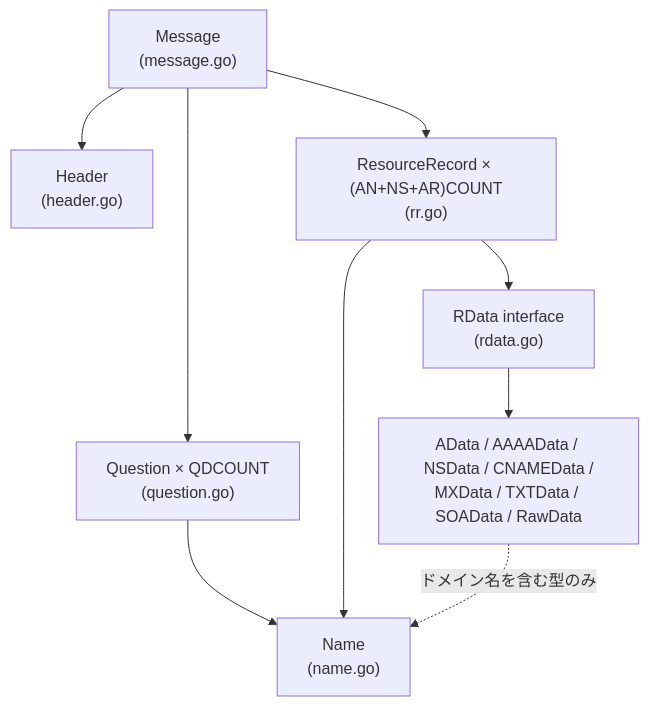
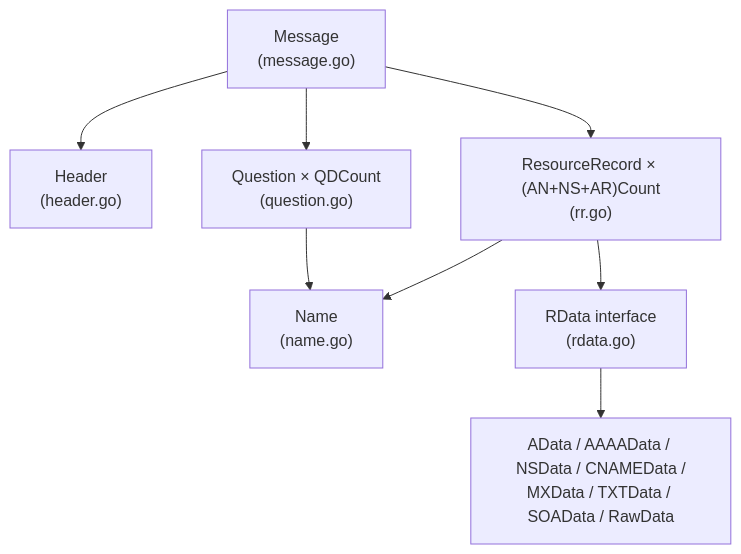
The diagram in docs/message-implementation.md (MASAKi-cell/dns-server), drawn with Mermaid before and after one commit. The commit also changed other lines of this file and 2 other files, not shown here.

````diff
--- a/docs/message-implementation.md
+++ b/docs/message-implementation.md
@@ -39,19 +103,18 @@
 ```mermaid
 graph TD
     Message["Message<br/>(message.go)"]
     Header["Header<br/>(header.go)"]
-    Question["Question × QDCOUNT<br/>(question.go)"]
-    RR["ResourceRecord × (AN+NS+AR)COUNT<br/>(rr.go)"]
+    Question["Question × QDCount<br/>(question.go)"]
+    RR["ResourceRecord × (AN+NS+AR)Count<br/>(rr.go)"]
     Name["Name<br/>(name.go)"]
     RData["RData interface<br/>(rdata.go)"]
     Concrete["AData / AAAAData / NSData / CNAMEData /<br/>MXData / TXTData / SOAData / RawData"]
 
     Message --> Header
     Message --> Question
     Message --> RR
     Question --> Name
     RR --> Name
     RR --> RData
     RData --> Concrete
-    Concrete -. ドメイン名を含む型のみ .-> Name
 ```
````
